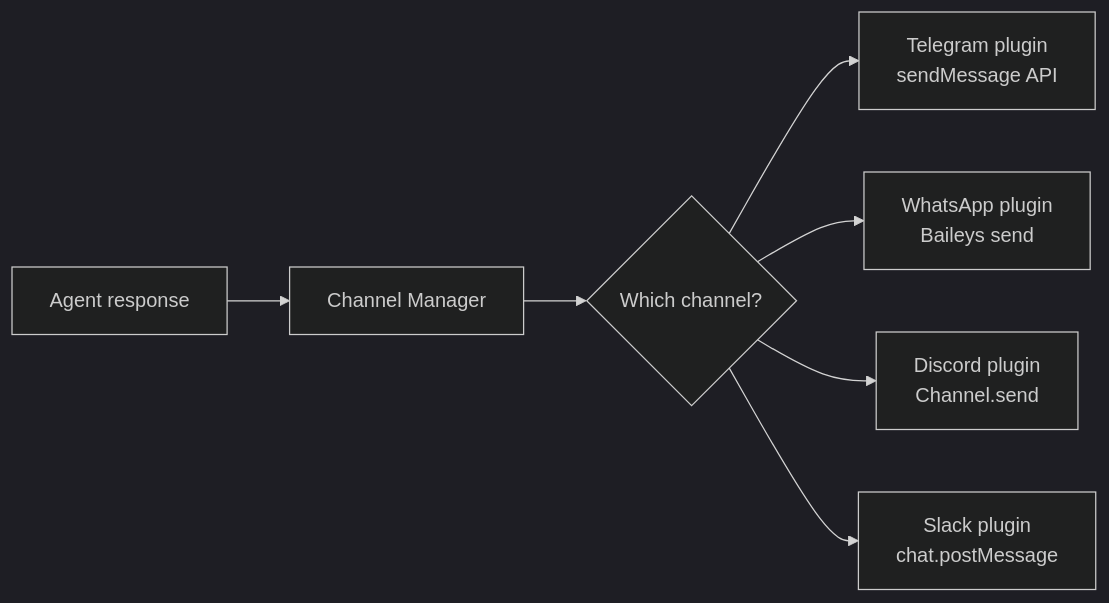
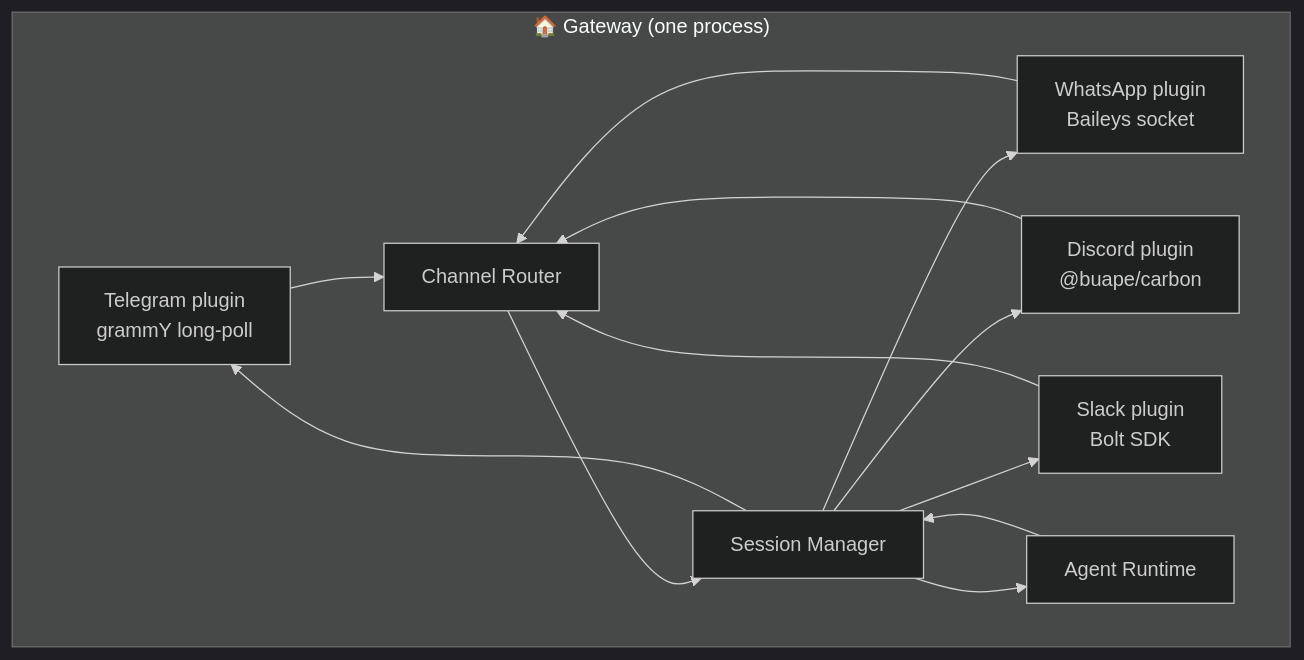
One commit to reddinft/openclaw-academy changed the first of 2 diagrams in course/module-03-channels/01-channel-plugin-architecture.md. Above: the diagram before and after it, drawn with Mermaid (dark theme). The commit also changed other lines of this file and 45 other files, not shown here.

````diff
--- a/course/module-03-channels/01-channel-plugin-architecture.md
+++ b/course/module-03-channels/01-channel-plugin-architecture.md
@@ -116,9 +18,25 @@
 ```mermaid
-flowchart LR
-    A[Agent response] --> B[Channel Manager]
-    B --> C{Which channel?}
-    C --> D[Telegram plugin<br/>sendMessage API]
-    C --> E[WhatsApp plugin<br/>Baileys send]
-    C --> F[Discord plugin<br/>Channel.send]
-    C --> G[Slack plugin<br/>chat.postMessage]
+graph TB
+    subgraph Gateway["🏠 Gateway (one process)"]
+        TG[Telegram plugin<br/>grammY long-poll]
+        WA[WhatsApp plugin<br/>Baileys socket]
+        DC[Discord plugin<br/>@buape/carbon]
+        SL[Slack plugin<br/>Bolt SDK]
+
+        ROUTER[Channel Router]
+        SESSION[Session Manager]
+        AGENT[Agent Runtime]
+    end
+
+    TG --> ROUTER
+    WA --> ROUTER
+    DC --> ROUTER
+    SL --> ROUTER
+    ROUTER --> SESSION
+    SESSION --> AGENT
+    AGENT --> SESSION
+    SESSION --> TG
+    SESSION --> WA
+    SESSION --> DC
+    SESSION --> SL
 ```
````
